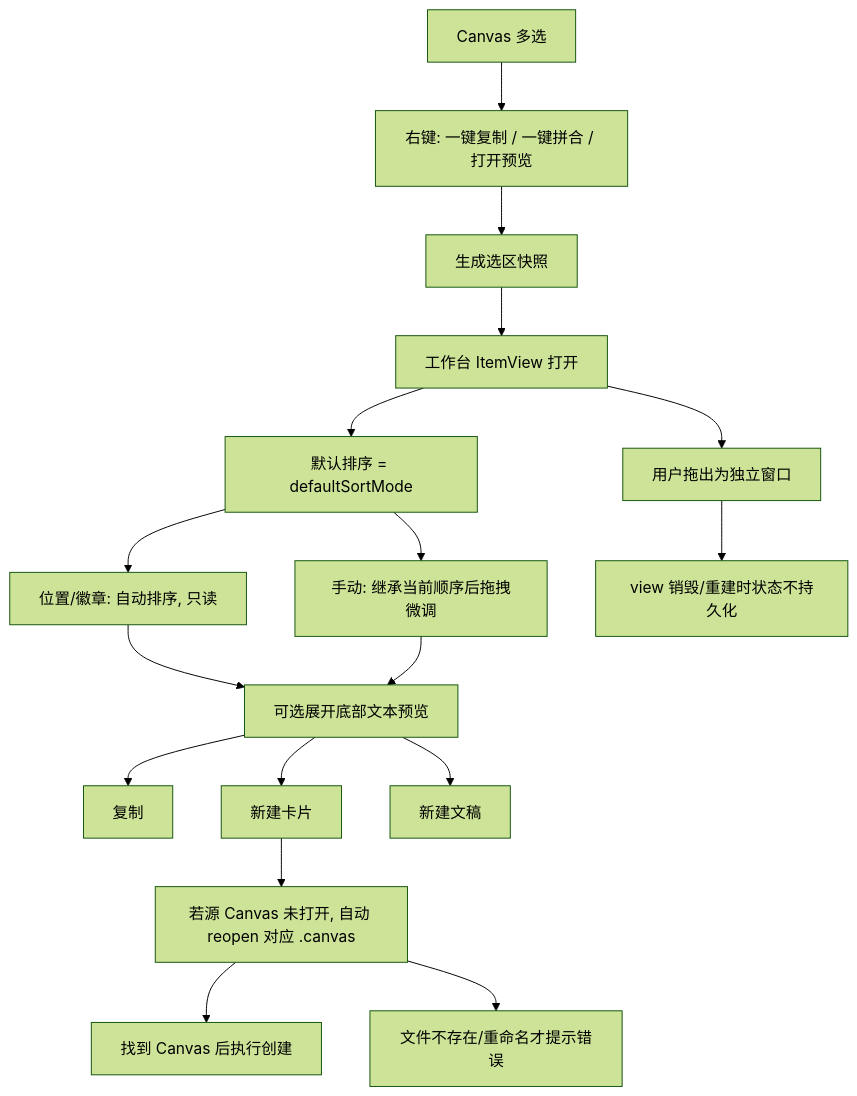
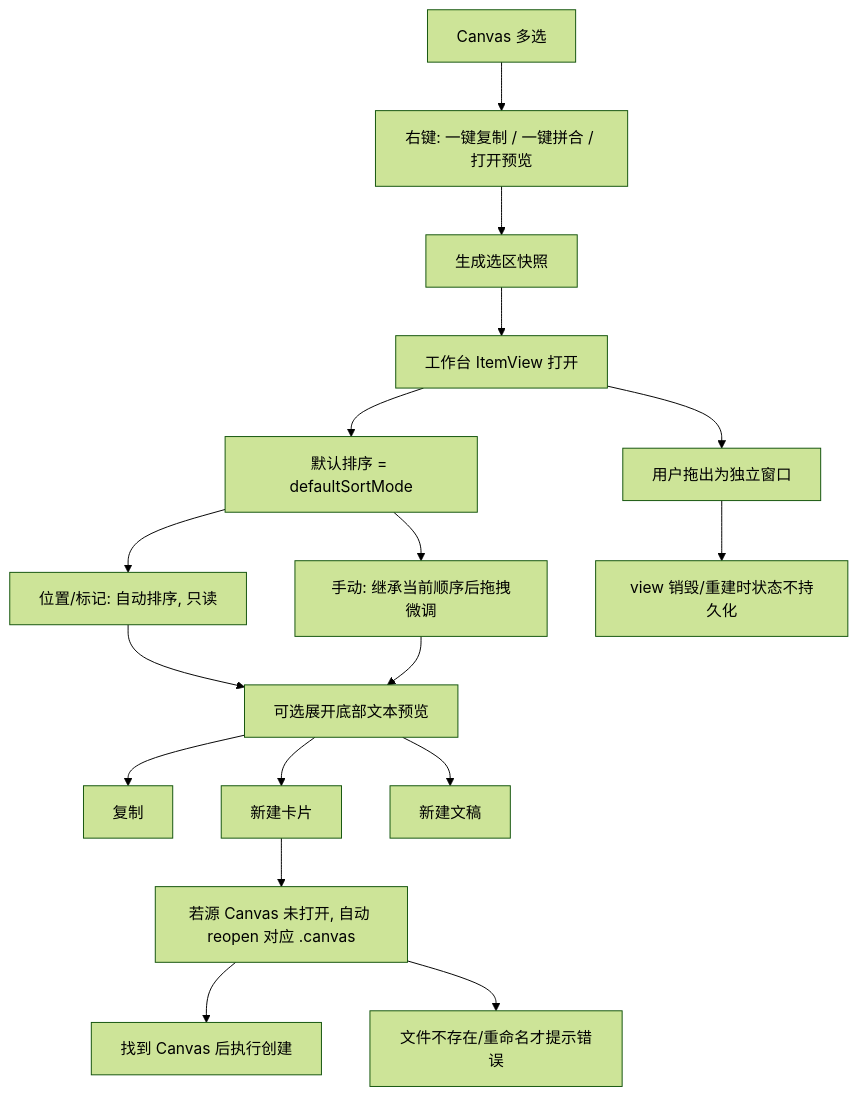
Before and after one commit to woxin667/Canvas-Loom: the diagram in docs/archive/交互逻辑优化方案.md, drawn with Mermaid (forest theme). The commit also changed other lines of this file and 14 other files, not shown here.

````diff
--- a/docs/archive/交互逻辑优化方案.md
+++ b/docs/archive/交互逻辑优化方案.md
@@ -393,19 +393,19 @@
 ```mermaid
 flowchart TD
     A["Canvas 多选"] --> B["右键: 一键复制 / 一键拼合 / 打开预览"]
     B --> C["生成选区快照"]
     C --> D["工作台 ItemView 打开"]
     D --> E["默认排序 = defaultSortMode"]
-    E --> F["位置/徽章: 自动排序, 只读"]
+    E --> F["位置/标记: 自动排序, 只读"]
     E --> G["手动: 继承当前顺序后拖拽微调"]
     F --> H["可选展开底部文本预览"]
     G --> H
     H --> I["复制"]
     H --> J["新建卡片"]
     H --> K["新建文稿"]
     D --> L["用户拖出为独立窗口"]
     L --> M["view 销毁/重建时状态不持久化"]
     J --> N["若源 Canvas 未打开, 自动 reopen 对应 .canvas"]
     N --> O["找到 Canvas 后执行创建"]
     N --> P["文件不存在/重命名才提示错误"]
 ```
````
